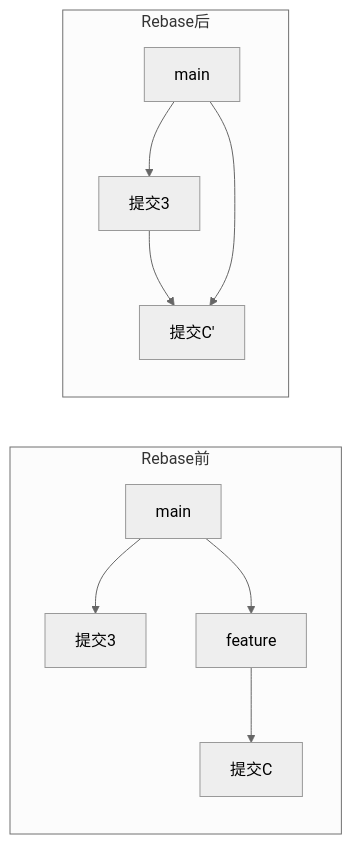
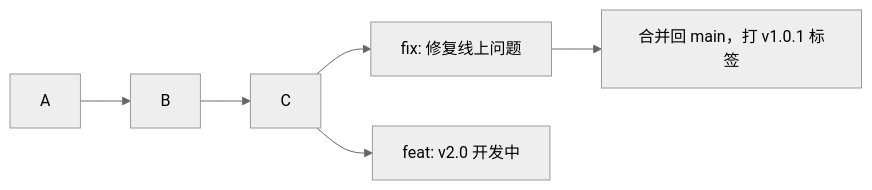
One commit to before80/prgms changed the second of 6 diagrams in content/linux/version_ctrl/Chapter-56-Git-Advanced.md. Above: the diagram before and after it, drawn with Mermaid (neutral theme). The commit also changed other lines of this file and 1645 other files, not shown here.

````diff
--- a/content/linux/version_ctrl/Chapter-56-Git-Advanced.md
+++ b/content/linux/version_ctrl/Chapter-56-Git-Advanced.md
@@ -302,14 +36,7 @@
 ```mermaid
 graph LR
-    subgraph Rebase前
-        A[main] --> C[提交3]
-        B[feature] --> D[提交C]
-        A --> B
-    end
-    
-    subgraph Rebase后
-        E[main] --> G[提交3]
-        G --> H[提交C']
-        E --> H
-    end
+    A["A"] --> B["B"] --> C["C"]
+    C --> D["fix: 修复线上问题"]
+    C --> E["feat: v2.0 开发中"]
+    D --> F["合并回 main，打 v1.0.1 标签"]
 ```
````
